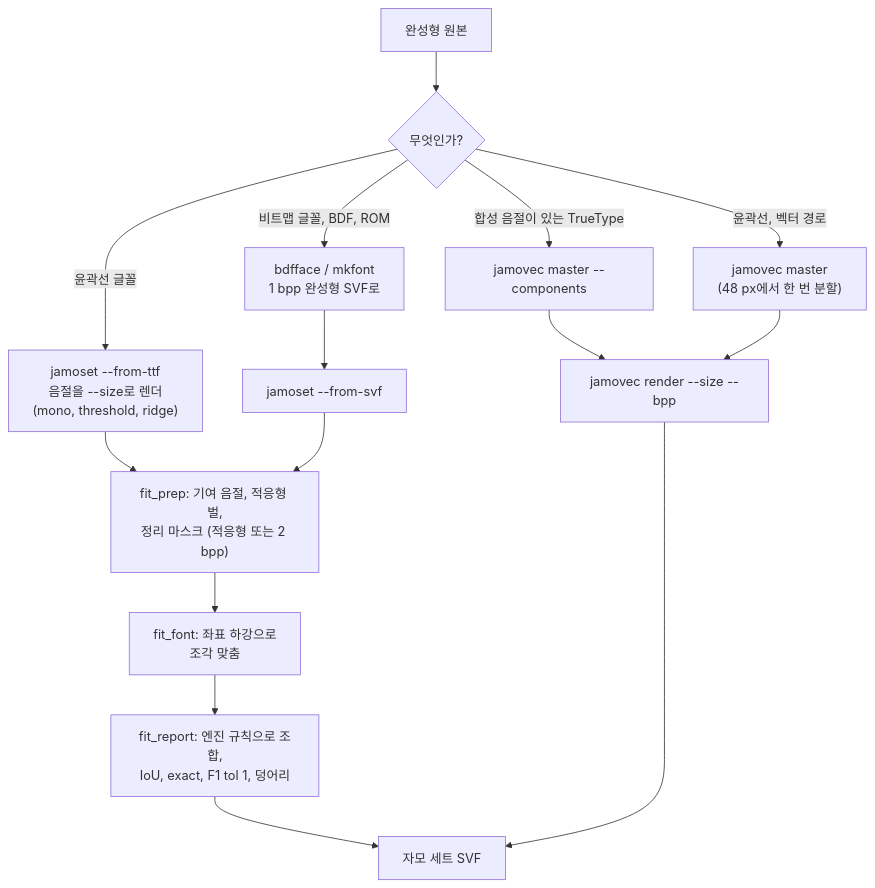
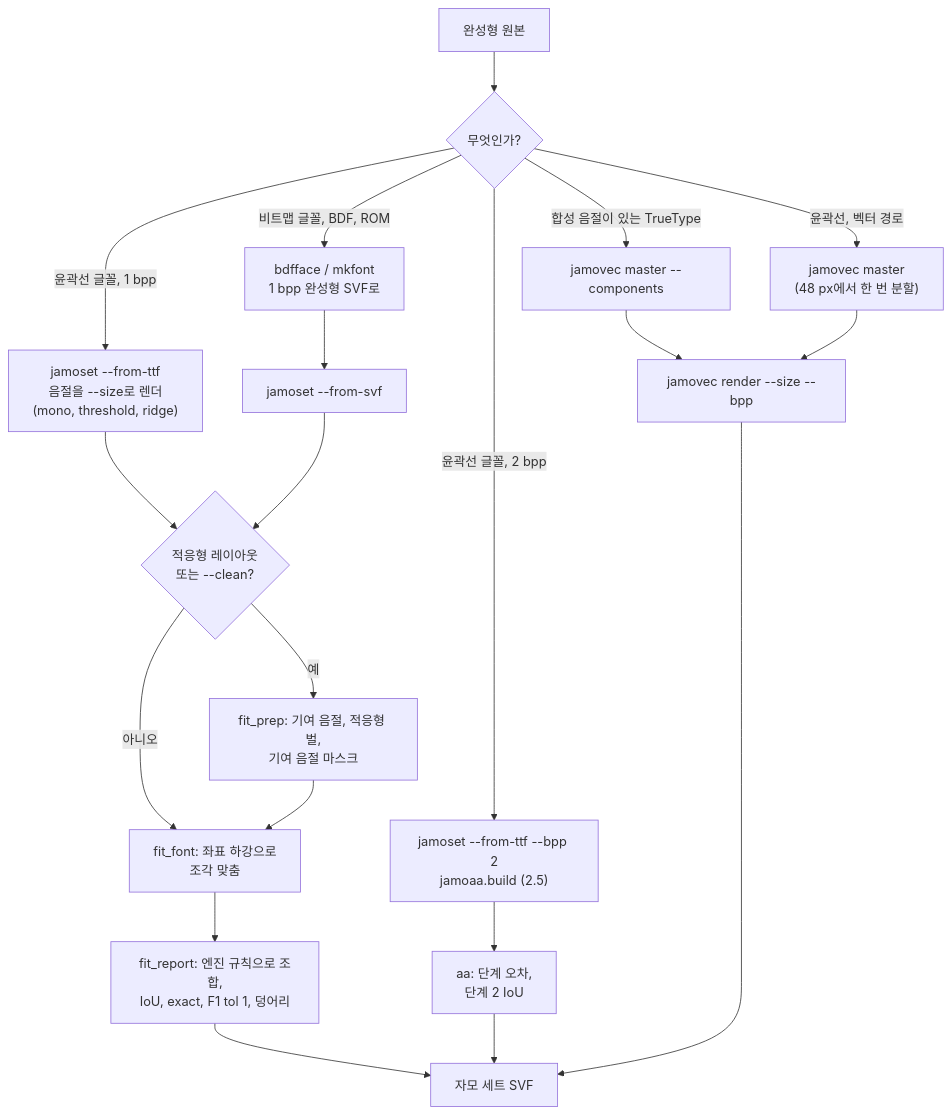
The first of 5 diagrams in docs/jamo-split.ko.md (TaehyunKimLL/svf-fonts-open), drawn with Mermaid before and after one commit. The commit also changed other lines of this file and 3 other files, not shown here.

````diff
--- a/docs/jamo-split.ko.md
+++ b/docs/jamo-split.ko.md
@@ -101,17 +106,22 @@
 ```mermaid
 flowchart TD
   S["완성형 원본"] --> K{"무엇인가?"}
-  K -->|"윤곽선 글꼴"| T["jamoset --from-ttf<br/>음절을 --size로 렌더<br/>(mono, threshold, ridge)"]
+  K -->|"윤곽선 글꼴, 1 bpp"| T["jamoset --from-ttf<br/>음절을 --size로 렌더<br/>(mono, threshold, ridge)"]
+  K -->|"윤곽선 글꼴, 2 bpp"| AA["jamoset --from-ttf --bpp 2<br/>jamoaa.build (2.5)"]
   K -->|"비트맵 글꼴, BDF, ROM"| B["bdfface / mkfont<br/>1 bpp 완성형 SVF로"]
   B --> V["jamoset --from-svf"]
   K -->|"합성 음절이 있는 TrueType"| C["jamovec master --components"]
   K -->|"윤곽선, 벡터 경로"| M["jamovec master<br/>(48 px에서 한 번 분할)"]
-  T --> P["fit_prep: 기여 음절, 적응형 벌,<br/>정리 마스크 (적응형 또는 2 bpp)"]
-  V --> P
+  T --> Q{"적응형 레이아웃<br/>또는 --clean?"}
+  V --> Q
+  Q -->|예| P["fit_prep: 기여 음절, 적응형 벌,<br/>기여 음절 마스크"]
+  Q -->|아니오| F
   P --> F["fit_font: 좌표 하강으로<br/>조각 맞춤"]
   F --> R["fit_report: 엔진 규칙으로 조합,<br/>IoU, exact, F1 tol 1, 덩어리"]
+  AA --> RA["aa: 단계 오차,<br/>단계 2 IoU"]
   C --> RV["jamovec render --size --bpp"]
   M --> RV
   R --> O["자모 세트 SVF"]
+  RA --> O
   RV --> O
 ```
````
